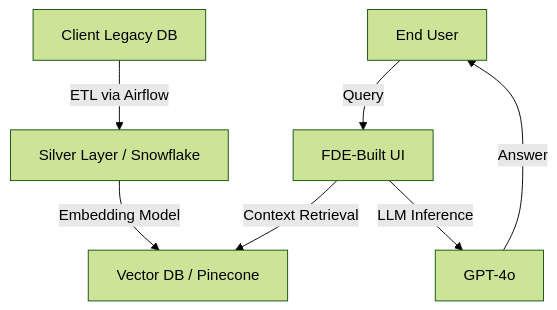
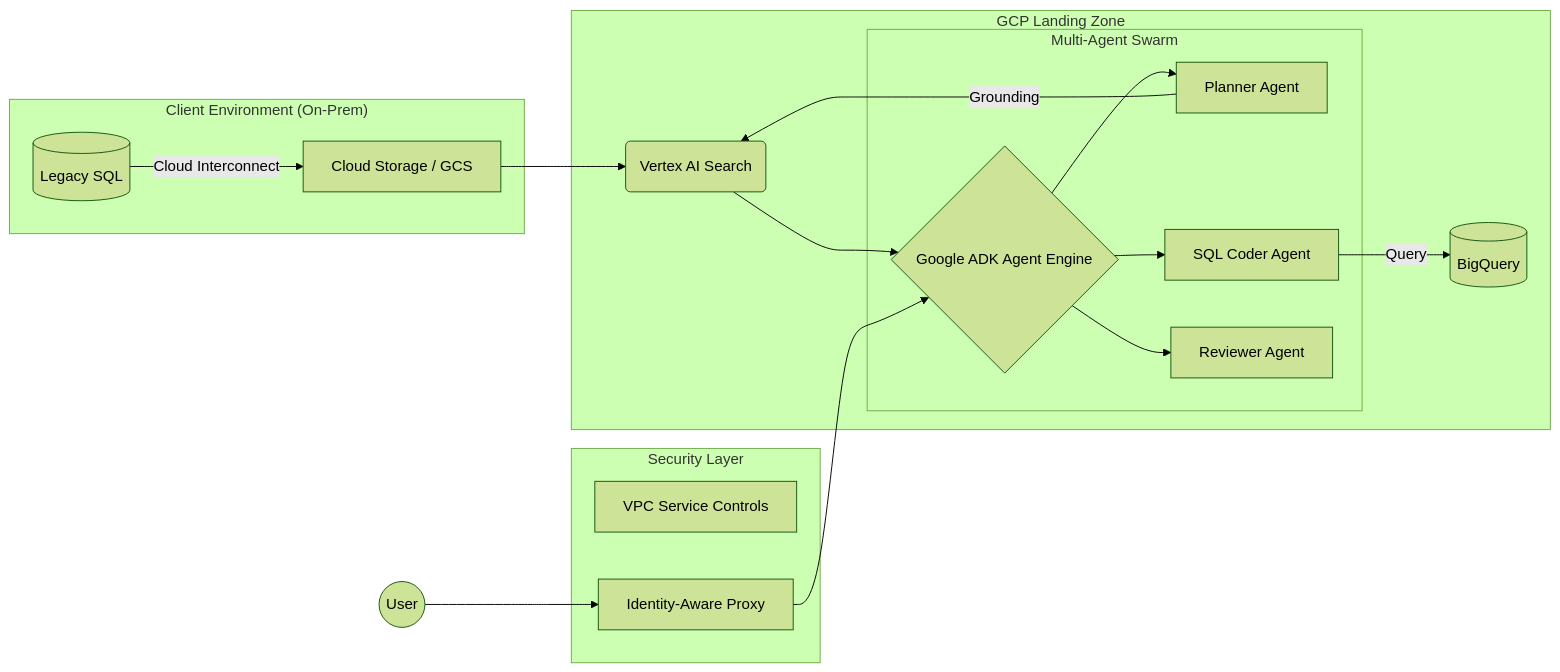
The diagram in README.md (saikanthpy/Awesome-FDE-Roadmap), drawn with Mermaid (forest theme) before and after one commit. The commit also changed other lines of this file, not shown here.

````diff
--- a/README.md
+++ b/README.md
@@ -200,9 +382,27 @@
 ```mermaid
-graph TD
-    A[Client Legacy DB] -->|ETL via Airflow| B[Silver Layer / Snowflake]
-    B -->|Embedding Model| C[Vector DB / Pinecone]
-    D[End User] -->|Query| E[FDE-Built UI]
-    E -->|Context Retrieval| C
-    E -->|LLM Inference| F[GPT-4o]
-    F -->|Answer| D
+graph LR
+    subgraph "Client Environment (On-Prem)"
+        DB[(Legacy SQL)] -- Cloud Interconnect --> B
+    end
+
+    subgraph "GCP Landing Zone"
+        B[Cloud Storage / GCS] --> C(Vertex AI Search)
+        C --> D{Google ADK Agent Engine}
+        
+        subgraph "Multi-Agent Swarm"
+            D --> E[Planner Agent]
+            D --> F[SQL Coder Agent]
+            D --> G[Reviewer Agent]
+        end
+        
+        F -- Query --> H[(BigQuery)]
+        E -- Grounding --> C
+    end
+
+    subgraph "Security Layer"
+        I[VPC Service Controls]
+        J[Identity-Aware Proxy]
+    end
+
+    User((User)) --> J --> D
 ```
````
